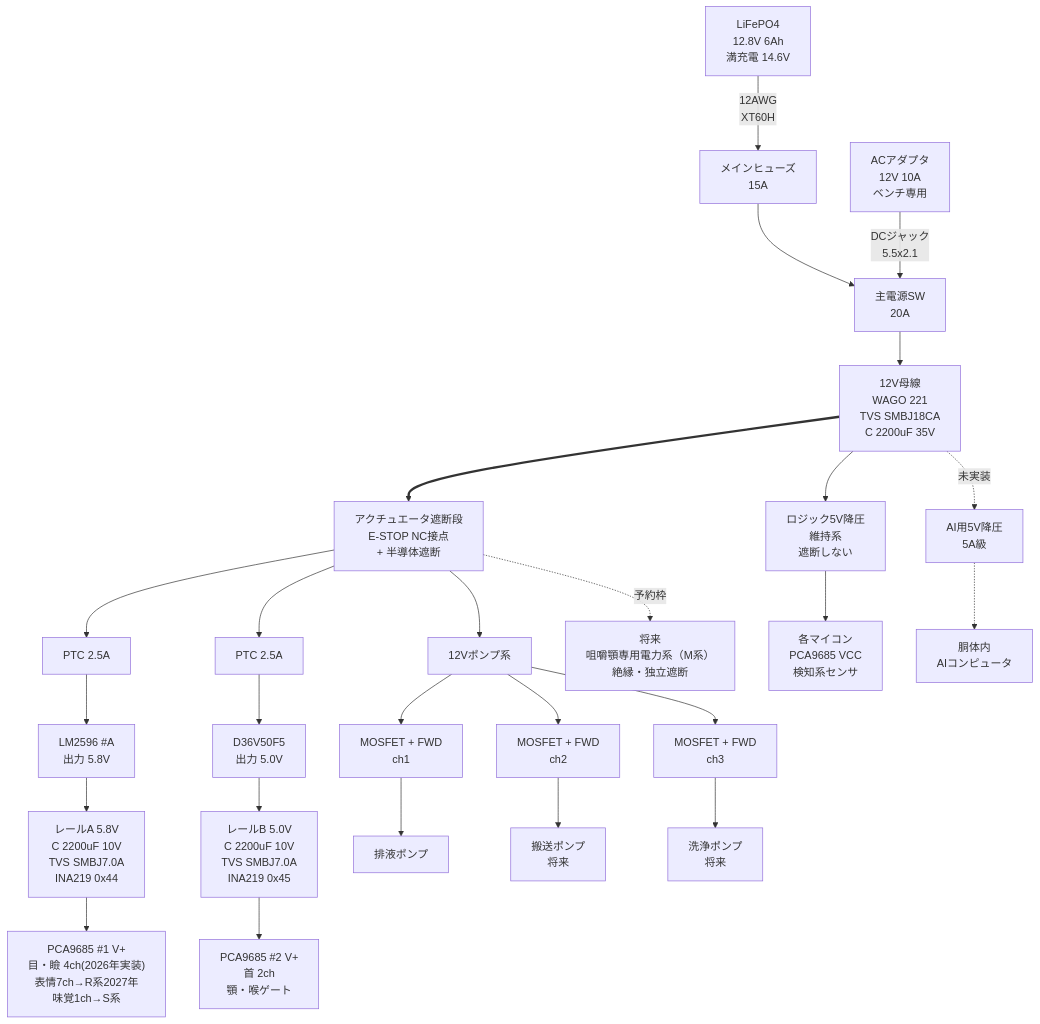
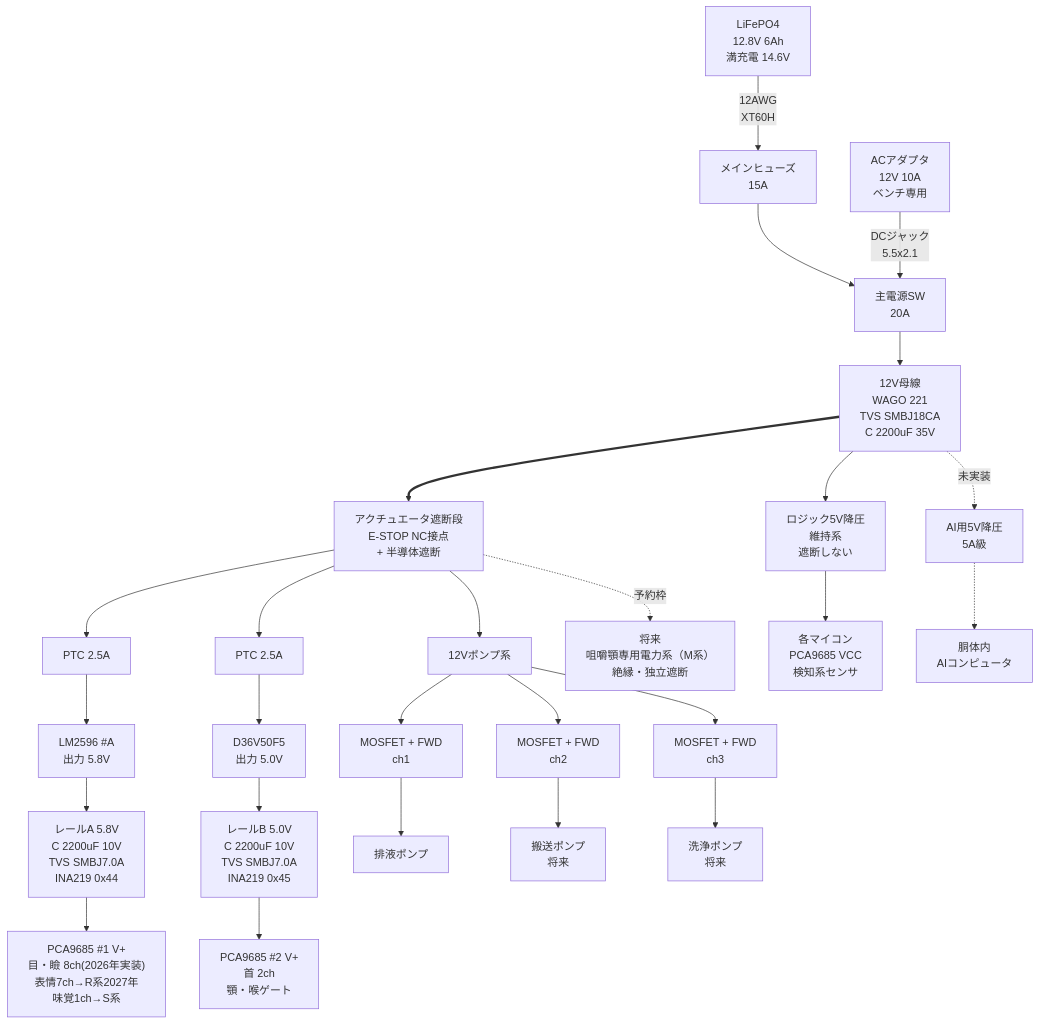
The first of 2 diagrams in docs/S/power_tree.md (chinochino66/humanoid), drawn with Mermaid before and after one commit. The commit also changed other lines of this file and 5 other files, not shown here.

````diff
--- a/docs/S/power_tree.md
+++ b/docs/S/power_tree.md
@@ -51,38 +52,38 @@
 ```mermaid
 flowchart TB
     AC["ACアダプタ<br/>12V 10A<br/>ベンチ専用"]
     BAT["LiFePO4<br/>12.8V 6Ah<br/>満充電 14.6V"]
 
     BAT -->|"12AWG<br/>XT60H"| F1["メインヒューズ<br/>15A"]
     F1 --> SW1
     AC -->|"DCジャック<br/>5.5x2.1"| SW1["主電源SW<br/>20A"]
 
     SW1 --> DIST["12V母線<br/>WAGO 221<br/>TVS SMBJ18CA<br/>C 2200uF 35V"]
 
     DIST --> LOG5["ロジック5V降圧<br/>維持系<br/>遮断しない"]
     DIST -.->|"未実装"| AIPWR["AI用5V降圧<br/>5A級"]
     DIST ==> CUT["アクチュエータ遮断段<br/>E-STOP NC接点<br/>+ 半導体遮断"]
 
     CUT --> P1["PTC 2.5A"]
     P1 --> BKA["LM2596 #A<br/>出力 5.8V"]
     BKA --> RA["レールA 5.8V<br/>C 2200uF 10V<br/>TVS SMBJ7.0A<br/>INA219 0x44"]
-    RA --> PCA1["PCA9685 #1 V+<br/>目・瞼 4ch(2026年実装)<br/>表情7ch→R系2027年<br/>味覚1ch→S系"]
+    RA --> PCA1["PCA9685 #1 V+<br/>目・瞼 8ch(2026年実装)<br/>表情7ch→R系2027年<br/>味覚1ch→S系"]
 
     CUT --> P2["PTC 2.5A"]
     P2 --> BKB["D36V50F5<br/>出力 5.0V"]
     BKB --> RB["レールB 5.0V<br/>C 2200uF 10V<br/>TVS SMBJ7.0A<br/>INA219 0x45"]
     RB --> PCA2["PCA9685 #2 V+<br/>首 2ch<br/>顎・喉ゲート"]
 
     CUT --> PMP["12Vポンプ系"]
     PMP --> M1["MOSFET + FWD<br/>ch1"]
     PMP --> M2["MOSFET + FWD<br/>ch2"]
     PMP --> M3["MOSFET + FWD<br/>ch3"]
     M1 --> DP["排液ポンプ"]
     M2 --> FP["搬送ポンプ<br/>将来"]
     M3 --> WP["洗浄ポンプ<br/>将来"]
 
     CUT -.->|"予約枠"| FJ["将来<br/>咀嚼顎専用電力系（M系）<br/>絶縁・独立遮断"]
 
     LOG5 --> LGX["各マイコン<br/>PCA9685 VCC<br/>検知系センサ"]
     AIPWR -.-> AIX["胴体内<br/>AIコンピュータ"]
 ```
````
